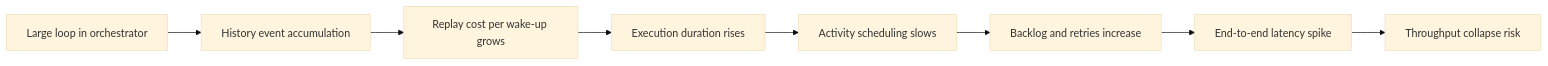
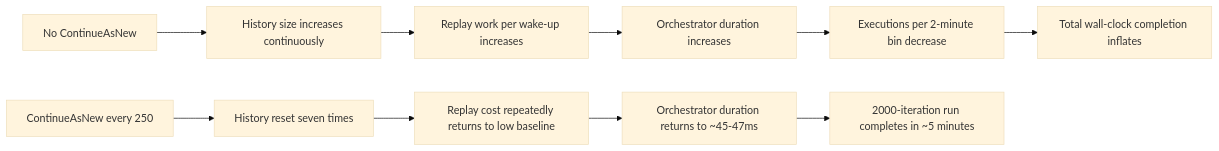
One commit to yeongseon/azure-functions-practical-guide changed the fourth of 6 diagrams in docs/troubleshooting/lab-guides/durable-replay-storm.md. Above: the diagram before and after it, drawn with Mermaid (base theme). The commit also changed other lines of this file and 21 other files, not shown here.

````diff
--- a/docs/troubleshooting/lab-guides/durable-replay-storm.md
+++ b/docs/troubleshooting/lab-guides/durable-replay-storm.md
@@ -84,10 +150,12 @@
 ```mermaid
 flowchart LR
-    A[Large loop in orchestrator] --> B[History event accumulation]
-    B --> C[Replay cost per wake-up grows]
-    C --> D[Execution duration rises]
-    D --> E[Activity scheduling slows]
-    E --> F[Backlog and retries increase]
-    F --> G[End-to-end latency spike]
-    G --> H[Throughput collapse risk]
+    A[No ContinueAsNew] --> B[History size increases continuously]
+    B --> C[Replay work per wake-up increases]
+    C --> D[Orchestrator duration increases]
+    D --> E[Executions per 2-minute bin decrease]
+    E --> F[Total wall-clock completion inflates]
+    G[ContinueAsNew every 250] --> H[History reset seven times]
+    H --> I[Replay cost repeatedly returns to low baseline]
+    I --> J[Orchestrator duration returns to ~45-47ms]
+    J --> K[2000-iteration run completes in ~5 minutes]
 ```
````
